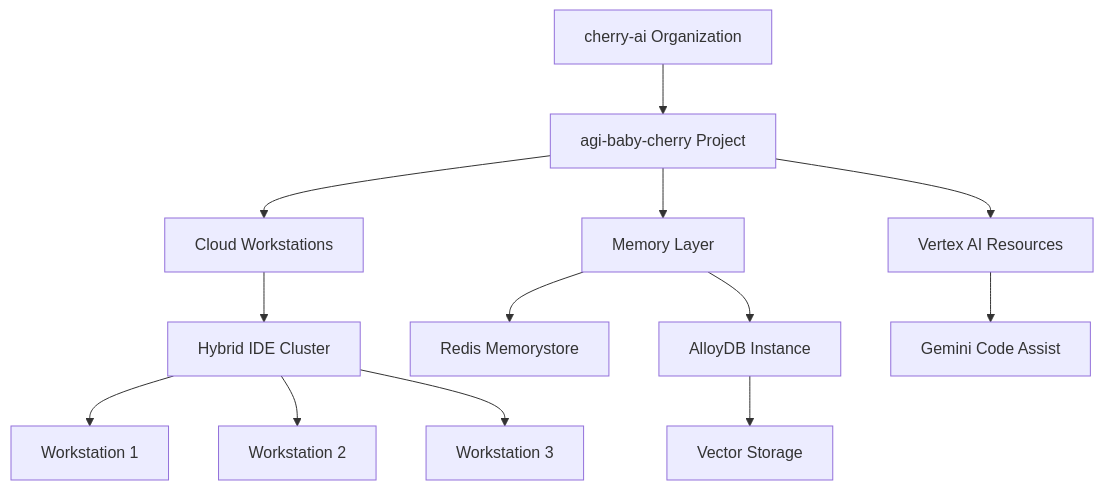
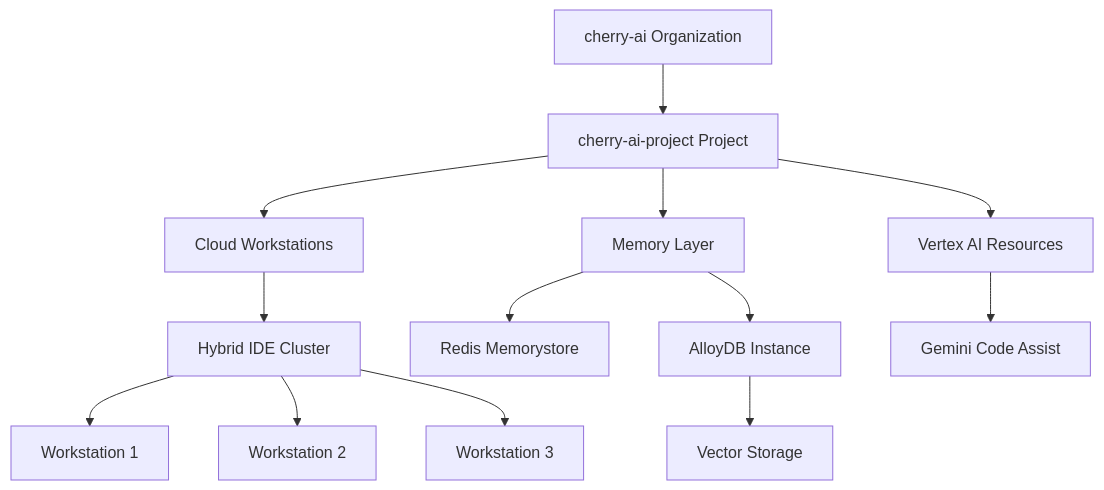
The diagram in GCP_MIGRATION_README.md (ai-cherry/orchestra-main), drawn with Mermaid before and after one commit. The commit also changed other lines of this file and 447 other files, not shown here.

````diff
--- a/GCP_MIGRATION_README.md
+++ b/GCP_MIGRATION_README.md
@@ -238,15 +238,15 @@
 ```mermaid
 graph TD
-    A[cherry-ai Organization] --> B[agi-baby-cherry Project]
+    A[cherry-ai Organization] --> B[cherry-ai-project Project]
     B --> C[Cloud Workstations]
     B --> D[Memory Layer]
     B --> E[Vertex AI Resources]
     C --> F[Hybrid IDE Cluster]
     F --> G[Workstation 1]
     F --> H[Workstation 2]
     F --> I[Workstation 3]
     D --> J[Redis Memorystore]
     D --> K[AlloyDB Instance]
     K --> L[Vector Storage]
     E --> M[Gemini Code Assist]
 ```
````
